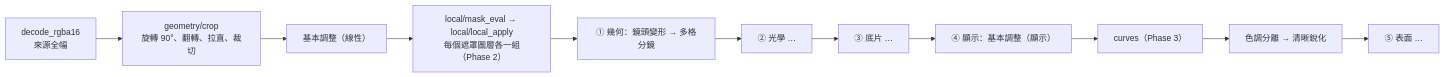
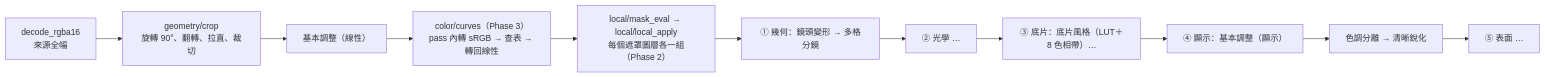
One commit to minexo79/FilmBatch changed the diagram in docs/cut-and-mask/plan.md. Above: the diagram before and after it, drawn with Mermaid. The commit also changed other lines of this file, not shown here.

First line of the commit message:
Revise cut-and-mask plan: six sidebar tabs, curves before film

````diff
--- a/docs/cut-and-mask/plan.md
+++ b/docs/cut-and-mask/plan.md
@@ -77,13 +77,13 @@
 ```mermaid
 flowchart LR
     D["decode_rgba16<br/>來源全幅"] --> C["geometry/crop<br/>旋轉 90°、翻轉、拉直、裁切"]
     C --> BL["基本調整（線性）"]
-    BL --> L["local/mask_eval → local/local_apply<br/>每個遮罩圖層各一組（Phase 2）"]
+    BL --> CV["color/curves（Phase 3）<br/>pass 內轉 sRGB → 查表 → 轉回線性"]
+    CV --> L["local/mask_eval → local/local_apply<br/>每個遮罩圖層各一組（Phase 2）"]
     L --> G["① 幾何：鏡頭變形 → 多格分鏡"]
     G --> O["② 光學 …"]
-    O --> F["③ 底片 …"]
+    O --> F["③ 底片：底片風格（LUT＋8 色相帶）…"]
     F --> DS["④ 顯示：基本調整（顯示）"]
-    DS --> CV["curves（Phase 3）"]
-    CV --> T["色調分離 → 清晰銳化"]
+    DS --> T["色調分離 → 清晰銳化"]
     T --> S["⑤ 表面 …"]
 ```
````
